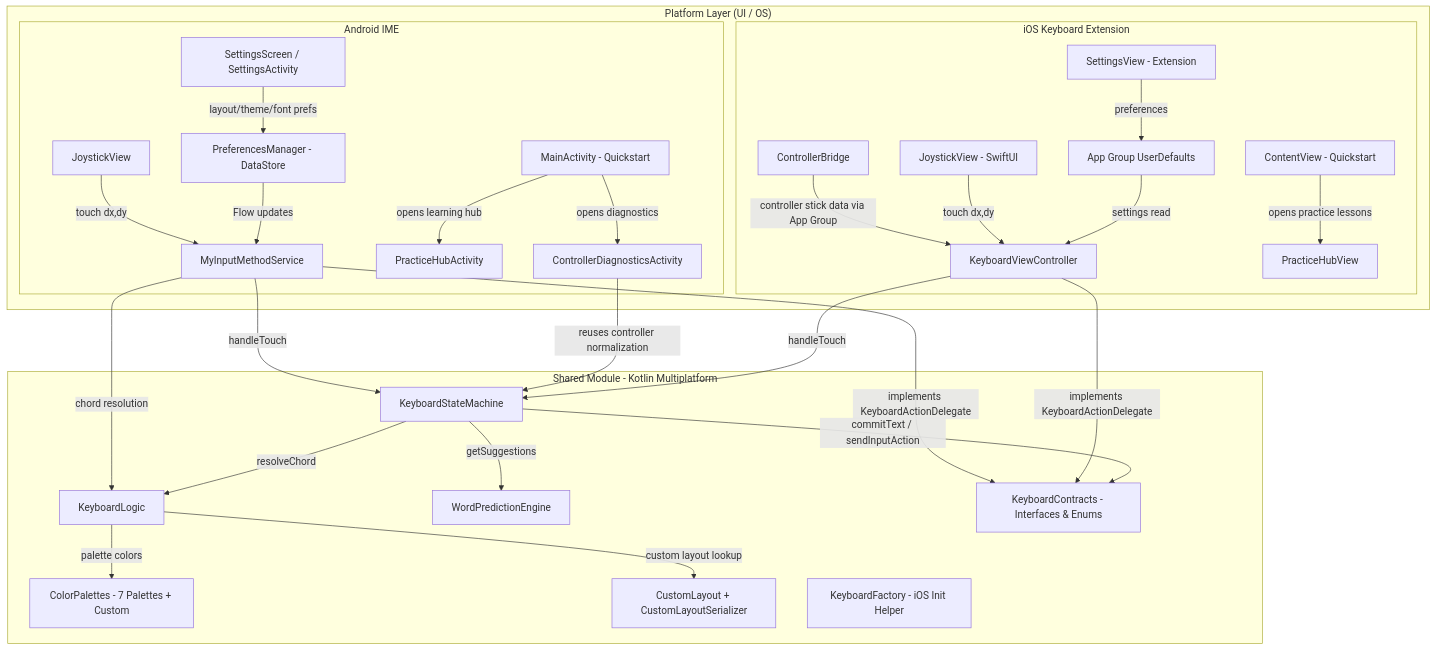
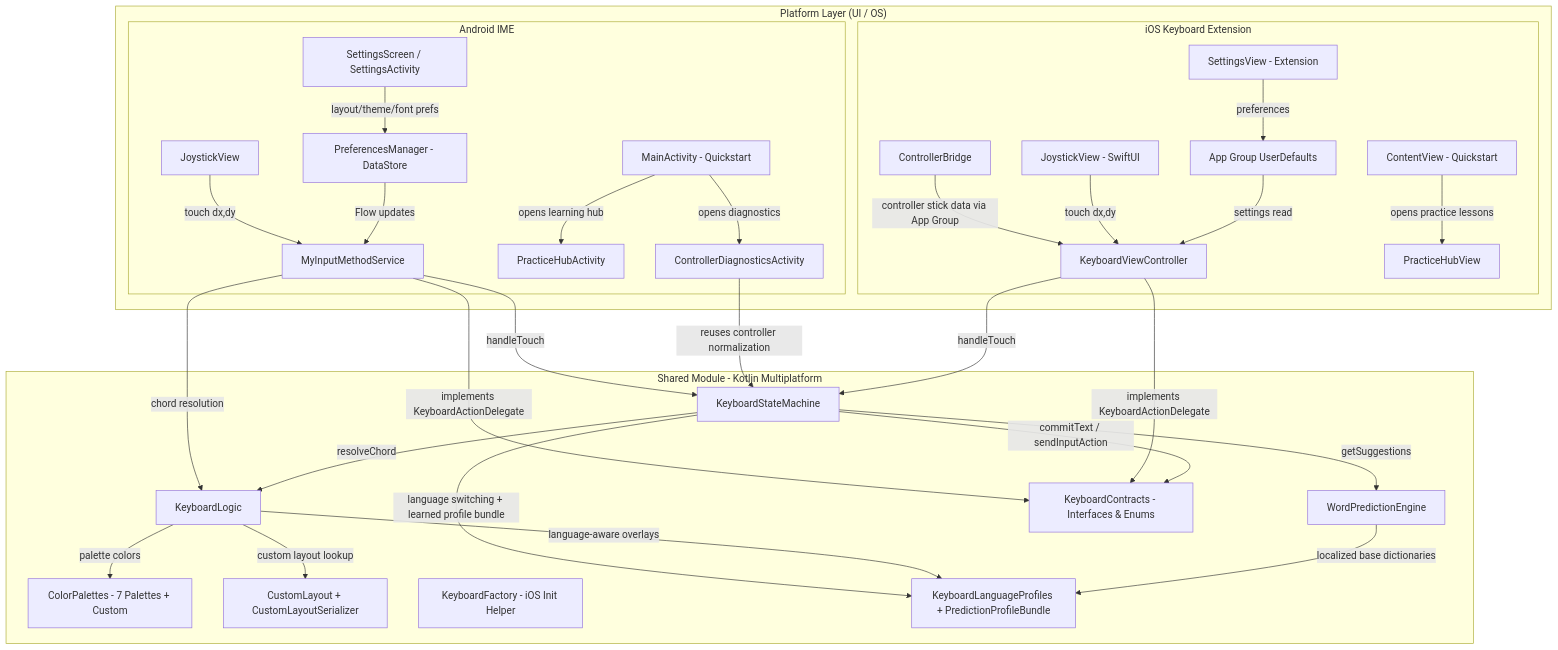
Before and after one commit to vatsalunadkat/ERICKeyboard: the first of 8 diagrams in APP_CONTEXT.md, drawn with Mermaid. The commit also changed other lines of this file and 10 other files, not shown here.

First line of the commit message:
docs: capture language profile rollout

````diff
--- a/APP_CONTEXT.md
+++ b/APP_CONTEXT.md
@@ -73,57 +73,61 @@
 ```mermaid
 graph TB
     subgraph Platform["Platform Layer (UI / OS)"]
         subgraph Android["Android IME"]
             A1[MyInputMethodService]
             A2[JoystickView]
             A3[SettingsScreen / SettingsActivity]
             A4[MainActivity - Quickstart]
             A5[PreferencesManager - DataStore]
             A6[PracticeHubActivity]
             A7[ControllerDiagnosticsActivity]
         end
         subgraph iOS["iOS Keyboard Extension"]
             I1[KeyboardViewController]
             I2[JoystickView - SwiftUI]
             I3[SettingsView - Extension]
             I4[ContentView - Quickstart]
             I5[App Group UserDefaults]
             I6[ControllerBridge]
             I7[PracticeHubView]
         end
     end
 
     subgraph Shared["Shared Module - Kotlin Multiplatform"]
         S1[KeyboardStateMachine]
         S2[KeyboardLogic]
         S3[WordPredictionEngine]
         S4[KeyboardContracts - Interfaces & Enums]
         S5[ColorPalettes - 7 Palettes + Custom]
         S6[CustomLayout + CustomLayoutSerializer]
         S7[KeyboardFactory - iOS Init Helper]
+        S8[KeyboardLanguageProfiles + PredictionProfileBundle]
     end
 
     A1 -->|implements KeyboardActionDelegate| S4
     A1 -->|handleTouch| S1
     A1 -->|chord resolution| S2
     A2 -->|touch dx,dy| A1
     A3 -->|layout/theme/font prefs| A5
     A5 -->|Flow updates| A1
     A4 -->|opens learning hub| A6
     A4 -->|opens diagnostics| A7
     A7 -->|reuses controller normalization| S1
 
     I1 -->|implements KeyboardActionDelegate| S4
     I1 -->|handleTouch| S1
     I6 -->|controller stick data via App Group| I1
     I2 -->|touch dx,dy| I1
     I3 -->|preferences| I5
     I5 -->|settings read| I1
     I4 -->|opens practice lessons| I7
 
     S1 -->|resolveChord| S2
     S1 -->|getSuggestions| S3
     S1 -->|commitText / sendInputAction| S4
+    S1 -->|language switching + learned profile bundle| S8
     S2 -->|custom layout lookup| S6
+    S2 -->|language-aware overlays| S8
     S2 -->|palette colors| S5
+    S3 -->|localized base dictionaries| S8
 ```
````
